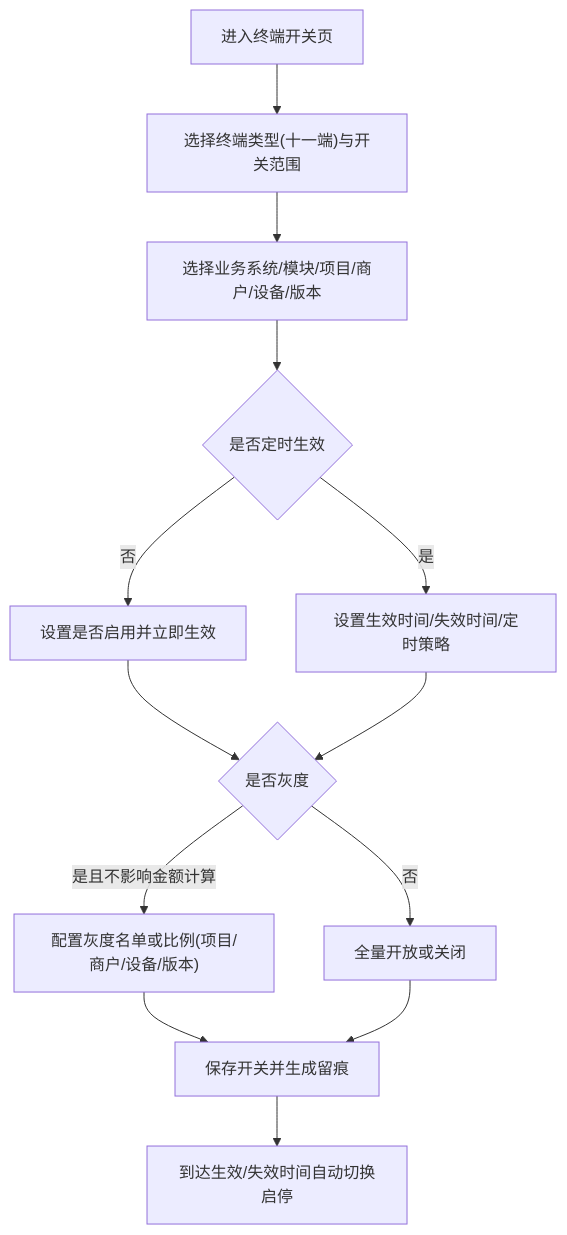
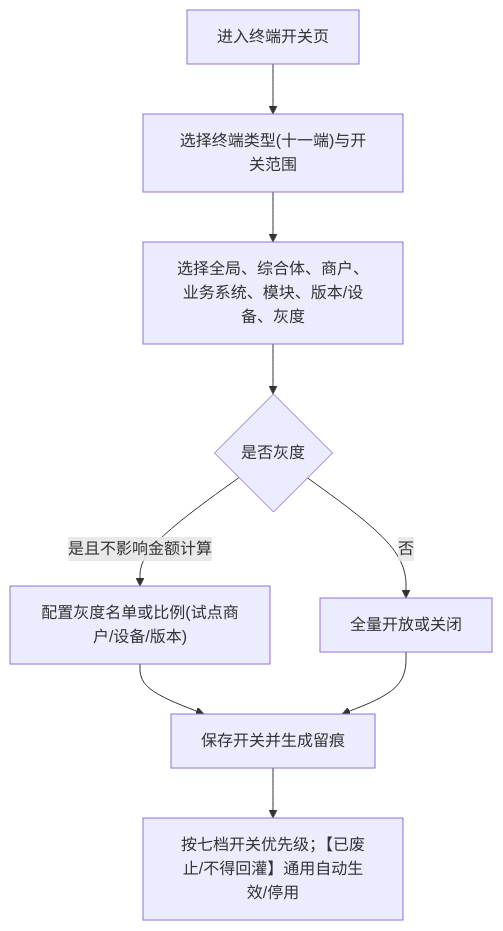
Diagram 13 of 14 in docs/platform-governance-product-spec-v0.2.md (jxh1979/mall), drawn with Mermaid before and after one commit. The commit also changed other lines of this file and 8 other files, not shown here.

````diff
--- a/docs/platform-governance-product-spec-v0.2.md
+++ b/docs/platform-governance-product-spec-v0.2.md
@@ -2131,15 +2094,11 @@
 ```mermaid
 flowchart TD
     A["进入终端开关页"] --> B["选择终端类型(十一端)与开关范围"]
-    B --> C["选择业务系统/模块/项目/商户/设备/版本"]
-    C --> D{"是否定时生效"}
-    D -- "否" --> E["设置是否启用并立即生效"]
-    D -- "是" --> F["设置生效时间/失效时间/定时策略"]
-    E --> G{"是否灰度"}
-    F --> G
-    G -- "是且不影响金额计算" --> H["配置灰度名单或比例(项目/商户/设备/版本)"]
+    B --> C["选择全局、综合体、商户、业务系统、模块、版本/设备、灰度"]
+    C --> G{"是否灰度"}
+    G -- "是且不影响金额计算" --> H["配置灰度名单或比例(试点商户/设备/版本)"]
     G -- "否" --> I["全量开放或关闭"]
     H --> J["保存开关并生成留痕"]
     I --> J
-    J --> K["到达生效/失效时间自动切换启停"]
+    J --> K["按七档开关优先级；【已废止/不得回灌】通用自动生效/停用"]
 ```
````
